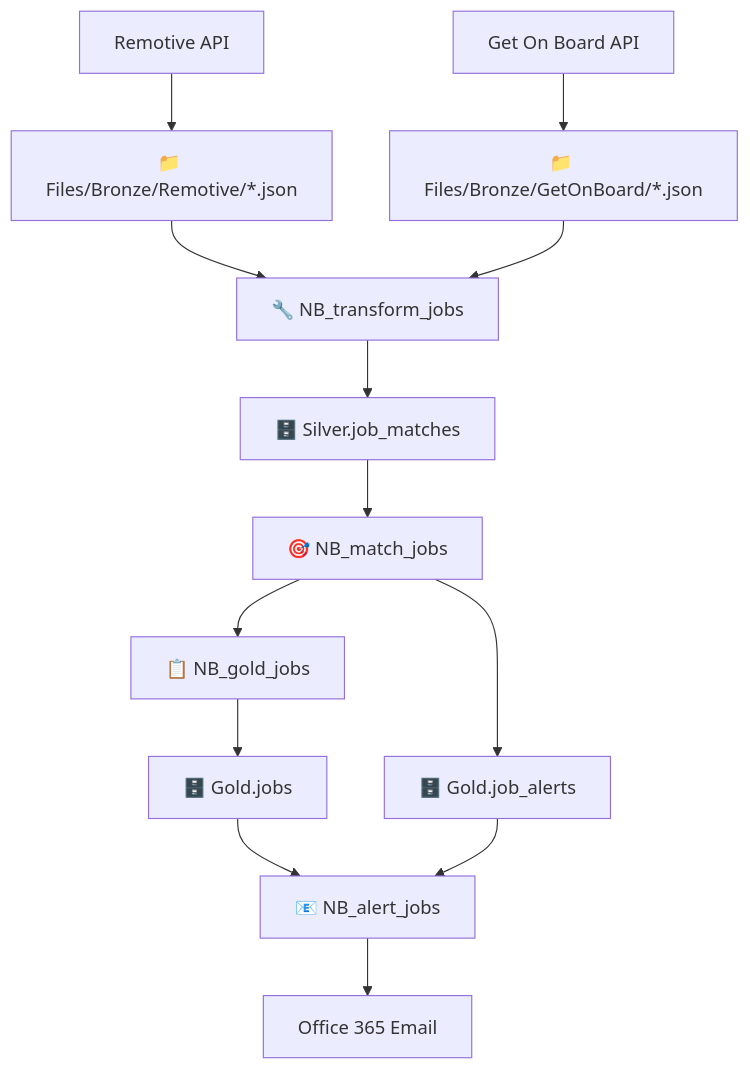
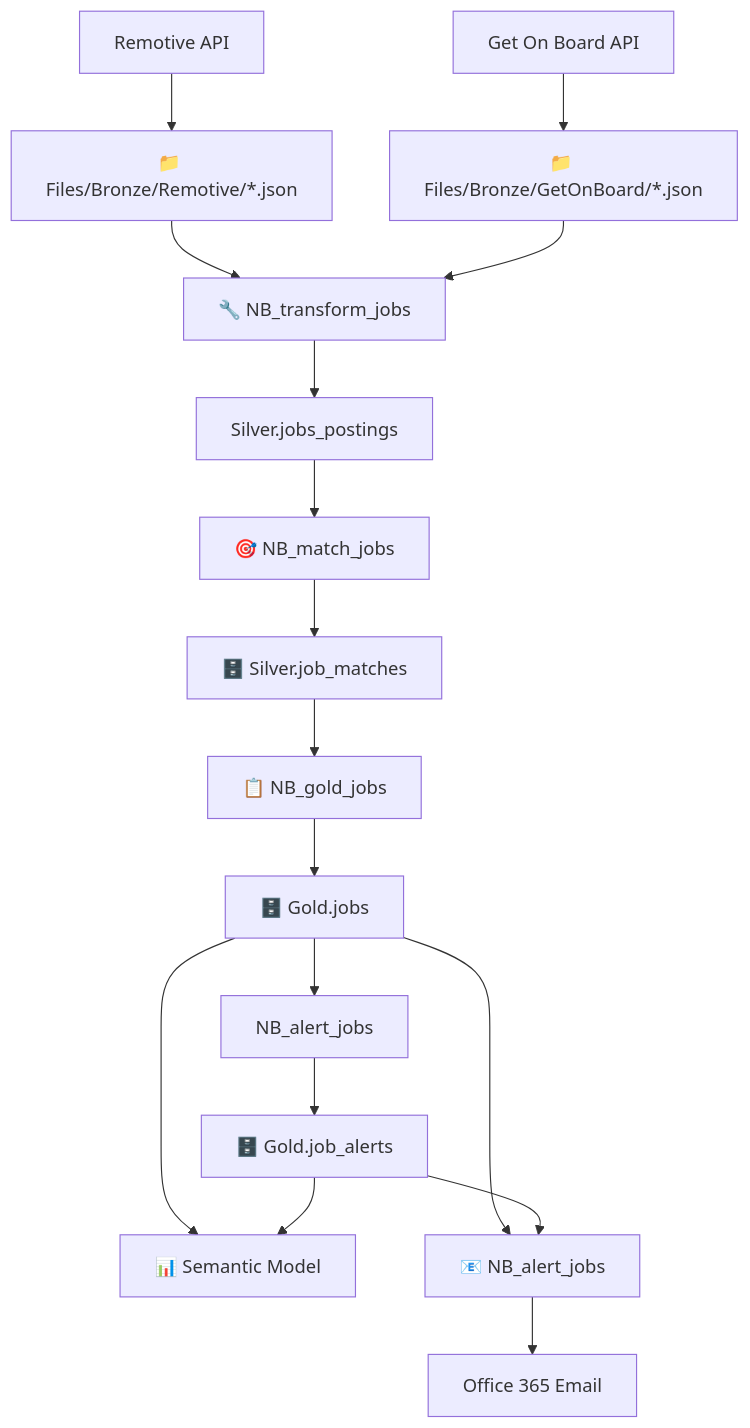
The second of 2 diagrams in README.md (Daniel20051601/Fabric-Job-Intelligence-Alert), drawn with Mermaid before and after one commit. The commit also changed other lines of this file, not shown here.

````diff
--- a/README.md
+++ b/README.md
@@ -82,20 +76,25 @@
 ```mermaid
 flowchart TD
     R[Remotive API] --> BR["📁 Files/Bronze/Remotive/*.json"]
     GOB[Get On Board API] --> BG["📁 Files/Bronze/GetOnBoard/*.json"]
 
     BR --> ST["🔧 NB_transform_jobs"]
     BG --> ST
+    ST --> JP["Silver.jobs_postings"]
 
-    ST --> SJ["🗄️ Silver.job_matches"]
+    JP --> MJ["🎯 NB_match_jobs"]
+    MJ --> SJ["🗄️ Silver.job_matches"]
 
-    SJ --> MJ["🎯 NB_match_jobs"]
-    MJ --> GA["🗄️ Gold.job_alerts"]
+    SJ --> GJ["📋 NB_gold_jobs"]
+    GJ --> GJT["🗄️ Gold.jobs"]
 
-    MJ --> GJ["📋 NB_gold_jobs"]
-    GJ --> GJT["🗄️ Gold.jobs"]
+    GJT --> NAJ[NB_alert_jobs]
+    NAJ --> GA["🗄️ Gold.job_alerts"]
+
+    GJT --> SM[📊 Semantic Model]
+    GA  --> SM
 
     GJT --> AJ["📧 NB_alert_jobs"]
     GA --> AJ
     AJ --> EM["Office 365 Email"]
 ```
````
